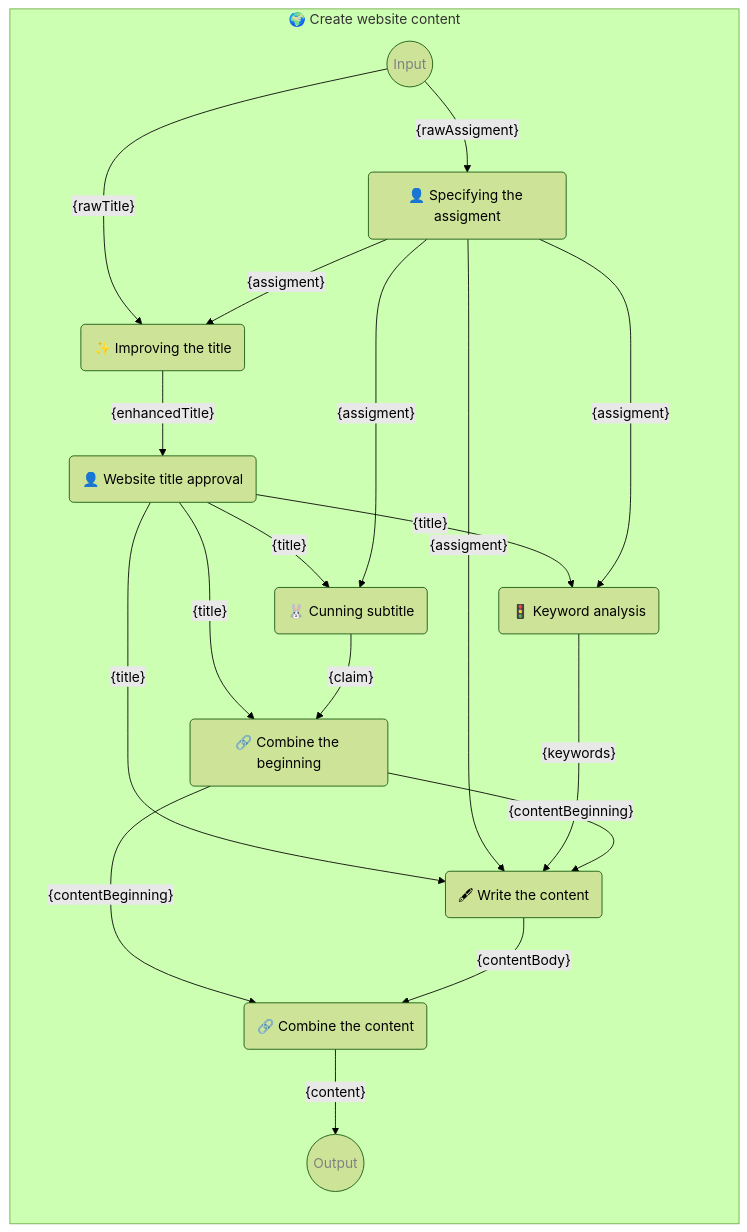
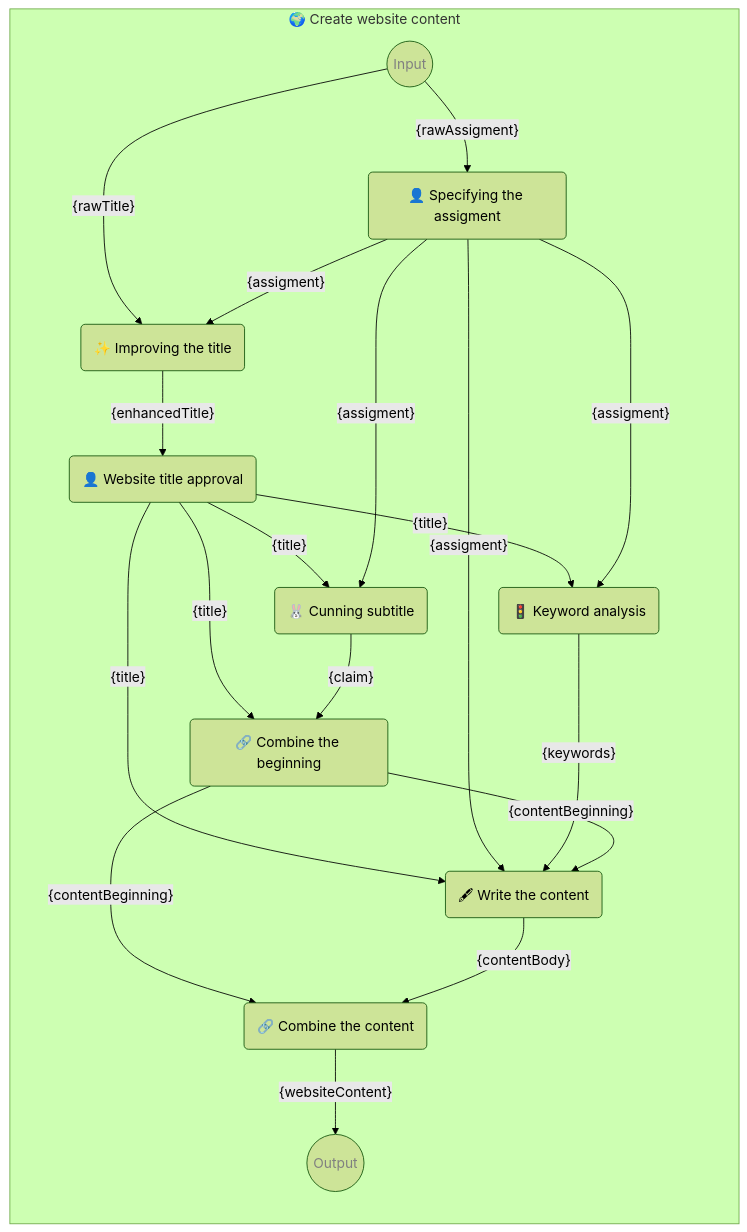
One commit to webgptorg/promptbook changed the diagram in samples/templates/real/write-website-content.ptbk.md. Above: the diagram before and after it, drawn with Mermaid (forest theme). The commit also changed other lines of this file and 36 other files, not shown here.

````diff
--- a/samples/templates/real/write-website-content.ptbk.md
+++ b/samples/templates/real/write-website-content.ptbk.md
@@ -14,51 +14,51 @@
 ```mermaid
 %% 🔮 Tip: Open this on GitHub or in the VSCode website to see the Mermaid graph visually
 
 flowchart LR
   subgraph "🌍 Create website content"
 
       direction TB
 
       input((Input)):::input
       templateSpecifyingTheAssigment("👤 Specifying the assigment")
       input--"{rawAssigment}"-->templateSpecifyingTheAssigment
       templateImprovingTheTitle("✨ Improving the title")
       input--"{rawTitle}"-->templateImprovingTheTitle
       templateSpecifyingTheAssigment--"{assigment}"-->templateImprovingTheTitle
       templateWebsiteTitleApproval("👤 Website title approval")
       templateImprovingTheTitle--"{enhancedTitle}"-->templateWebsiteTitleApproval
       templateCunningSubtitle("🐰 Cunning subtitle")
       templateWebsiteTitleApproval--"{title}"-->templateCunningSubtitle
       templateSpecifyingTheAssigment--"{assigment}"-->templateCunningSubtitle
       templateKeywordAnalysis("🚦 Keyword analysis")
       templateWebsiteTitleApproval--"{title}"-->templateKeywordAnalysis
       templateSpecifyingTheAssigment--"{assigment}"-->templateKeywordAnalysis
       templateCombineTheBeginning("🔗 Combine the beginning")
       templateWebsiteTitleApproval--"{title}"-->templateCombineTheBeginning
       templateCunningSubtitle--"{claim}"-->templateCombineTheBeginning
       templateWriteTheContent("🖋 Write the content")
       templateWebsiteTitleApproval--"{title}"-->templateWriteTheContent
       templateSpecifyingTheAssigment--"{assigment}"-->templateWriteTheContent
       templateKeywordAnalysis--"{keywords}"-->templateWriteTheContent
       templateCombineTheBeginning--"{contentBeginning}"-->templateWriteTheContent
       templateCombineTheContent("🔗 Combine the content")
       templateCombineTheBeginning--"{contentBeginning}"-->templateCombineTheContent
       templateWriteTheContent--"{contentBody}"-->templateCombineTheContent
 
-      templateCombineTheContent--"{content}"-->output
+      templateCombineTheContent--"{websiteContent}"-->output
       output((Output)):::output
 
       click templateSpecifyingTheAssigment href "#specifying-the-assigment" "👤 Specifying the assigment";
       click templateImprovingTheTitle href "#improving-the-title" "✨ Improving the title";
       click templateWebsiteTitleApproval href "#website-title-approval" "👤 Website title approval";
       click templateCunningSubtitle href "#cunning-subtitle" "🐰 Cunning subtitle";
       click templateKeywordAnalysis href "#keyword-analysis" "🚦 Keyword analysis";
       click templateCombineTheBeginning href "#combine-the-beginning" "🔗 Combine the beginning";
       click templateWriteTheContent href "#write-the-content" "🖋 Write the content";
       click templateCombineTheContent href "#combine-the-content" "🔗 Combine the content";
 
       classDef input color: grey;
       classDef output color: grey;
 
   end;
 ```
````
